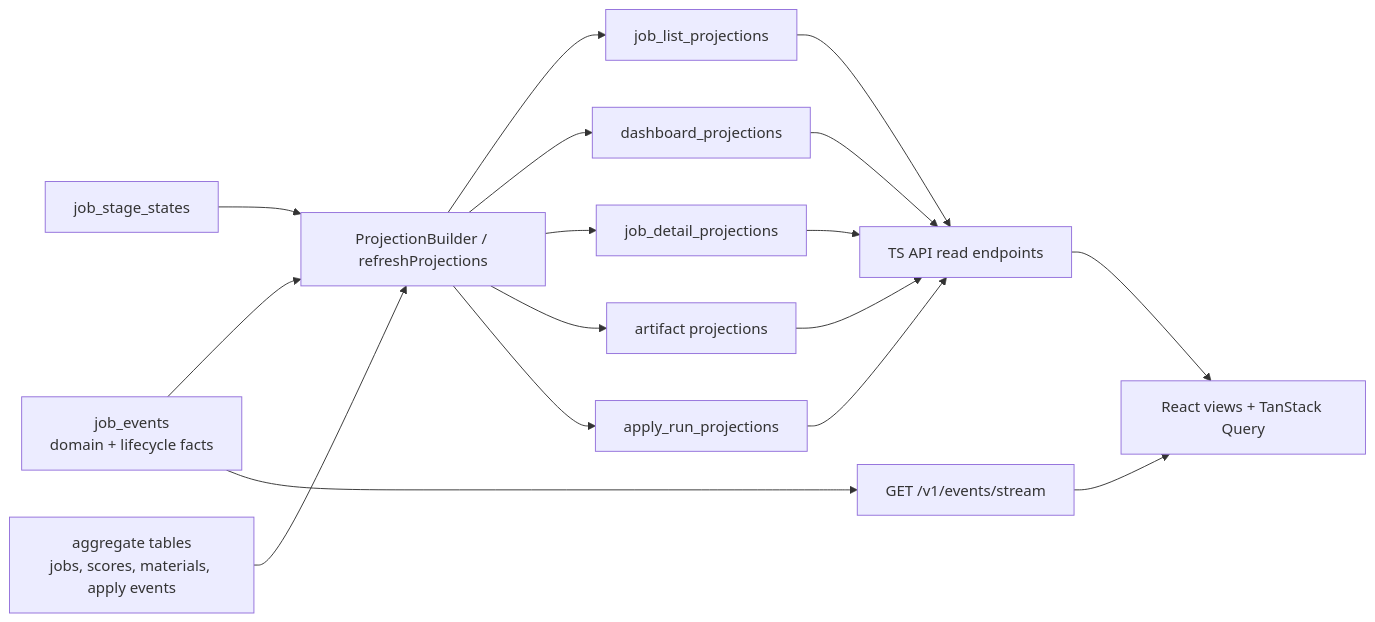
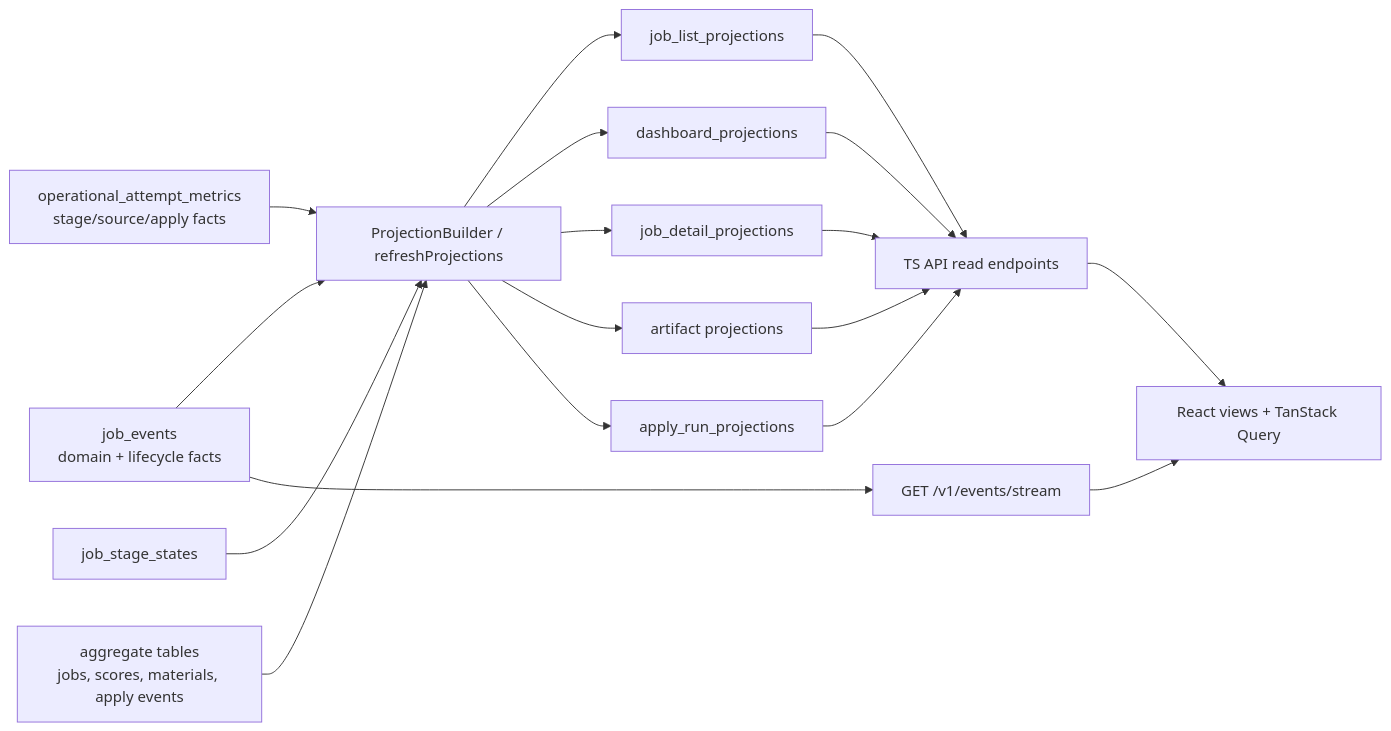
Before and after one commit to ebarti/JobCtrl: diagram 15 of 15 in docs/job-pipeline-architecture.md, drawn with Mermaid. The commit also changed other lines of this file and 18 other files, not shown here.

Commit message:
feat: add structured operational pipeline metrics

````diff
--- a/docs/job-pipeline-architecture.md
+++ b/docs/job-pipeline-architecture.md
@@ -811,32 +815,34 @@
 ```mermaid
 flowchart LR
     Events["job_events<br/>domain + lifecycle facts"]
+    Metrics["operational_attempt_metrics<br/>stage/source/apply facts"]
     StageRows["job_stage_states"]
     Aggregates["aggregate tables<br/>jobs, scores, materials, apply events"]
     Builder["ProjectionBuilder / refreshProjections"]
     JobList["job_list_projections"]
     Dashboard["dashboard_projections"]
     Detail["job_detail_projections"]
     Artifacts["artifact projections"]
     ApplyRuns["apply_run_projections"]
     Api["TS API read endpoints"]
     SSE["GET /v1/events/stream"]
     UI["React views + TanStack Query"]
 
     Events --> Builder
+    Metrics --> Builder
     StageRows --> Builder
     Aggregates --> Builder
     Builder --> JobList
     Builder --> Dashboard
     Builder --> Detail
     Builder --> Artifacts
     Builder --> ApplyRuns
     JobList --> Api
     Dashboard --> Api
     Detail --> Api
     Artifacts --> Api
     ApplyRuns --> Api
     Events --> SSE
     Api --> UI
     SSE --> UI
 ```
````
